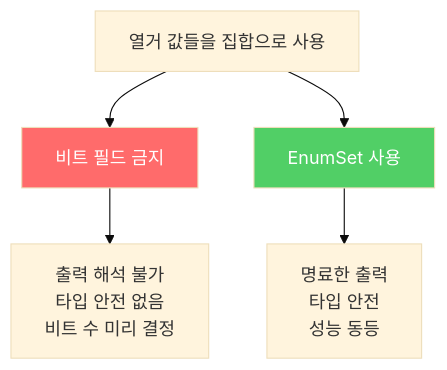
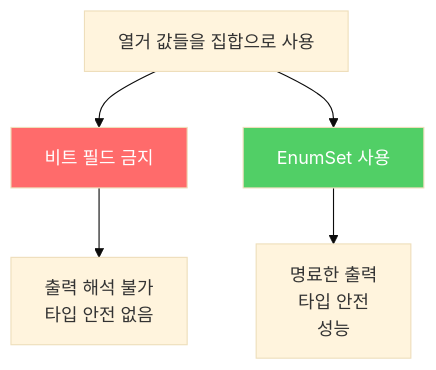
One commit to yjkim2015/yjkim2015.github.io changed the fourth of 4 diagrams in _posts/java/2022-01-14-effective-java36.md. Above: the diagram before and after it, drawn with Mermaid (base theme). The commit also changed other lines of this file and 271 other files, not shown here.

First line of the commit message:
Mermaid 라벨 축소: 긴 노드 텍스트 18자 이하로 트림 + \n 제거

````diff
--- a/_posts/java/2022-01-14-effective-java36.md
+++ b/_posts/java/2022-01-14-effective-java36.md
@@ -131,9 +131,9 @@
 ```mermaid
 graph TD
     A["열거 값들을 집합으로 사용"] --> B["비트 필드 금지"]
     A --> C["EnumSet 사용"]
-    B --> D["출력 해석 불가\n타입 안전 없음\n비트 수 미리 결정"]
-    C --> E["명료한 출력\n타입 안전\n성능 동등"]
+    B --> D["출력 해석 불가\n타입 안전 없음"]
+    C --> E["명료한 출력\n타입 안전\n성능"]
     style B fill:#ff6b6b,color:#fff
     style C fill:#51cf66,color:#fff
 ```
````
